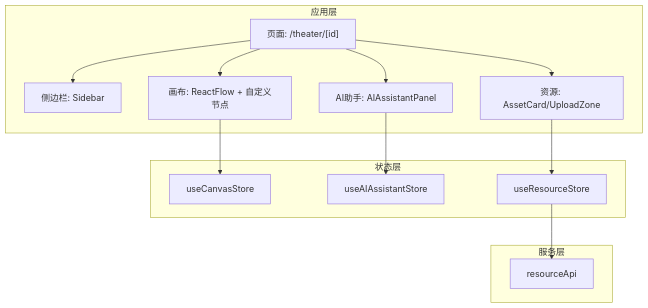
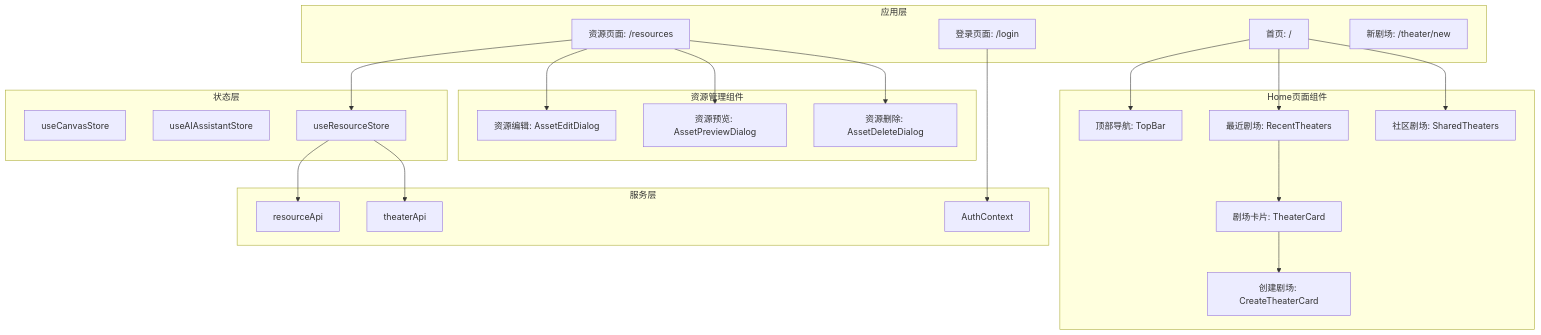
One commit to KunLabAI/KunFlix changed the first of 6 diagrams in .qoder/repowiki/zh/content/前端组件系统/前端组件系统.md. Above: the diagram before and after it, drawn with Mermaid. The commit also changed other lines of this file and 5 other files, not shown here.

````diff
--- a/.qoder/repowiki/zh/content/前端组件系统/前端组件系统.md
+++ b/.qoder/repowiki/zh/content/前端组件系统/前端组件系统.md
@@ -45,26 +68,43 @@
 ```mermaid
 graph TB
 subgraph "应用层"
-Page["页面: /theater/[id]"]
-Sidebar["侧边栏: Sidebar"]
-Canvas["画布: ReactFlow + 自定义节点"]
-AI["AI助手: AIAssistantPanel"]
-Resources["资源: AssetCard/UploadZone"]
+LoginPage["登录页面: /login"]
+ResourcesPage["资源页面: /resources"]
+Home["首页: /"]
+NewTheater["新剧场: /theater/new"]
+end
+subgraph "Home页面组件"
+TopBar["顶部导航: TopBar"]
+RecentTheaters["最近剧场: RecentTheaters"]
+CreateTheaterCard["创建剧场: CreateTheaterCard"]
+TheaterCard["剧场卡片: TheaterCard"]
+SharedTheaters["社区剧场: SharedTheaters"]
+end
+subgraph "资源管理组件"
+AssetEditDialog["资源编辑: AssetEditDialog"]
+AssetPreviewDialog["资源预览: AssetPreviewDialog"]
+AssetDeleteDialog["资源删除: AssetDeleteDialog"]
 end
 subgraph "状态层"
 StoreCanvas["useCanvasStore"]
 StoreAI["useAIAssistantStore"]
 StoreRes["useResourceStore"]
 end
 subgraph "服务层"
 APIRes["resourceApi"]
+APITheater["theaterApi"]
+Auth["AuthContext"]
 end
-Page --> Sidebar
-Page --> Canvas
-Page --> AI
-Page --> Resources
-Canvas --> StoreCanvas
-AI --> StoreAI
-Resources --> StoreRes
+LoginPage --> Auth
+ResourcesPage --> StoreRes
+Home --> TopBar
+Home --> RecentTheaters
+Home --> SharedTheaters
+RecentTheaters --> TheaterCard
+TheaterCard --> CreateTheaterCard
+ResourcesPage --> AssetEditDialog
+ResourcesPage --> AssetPreviewDialog
+ResourcesPage --> AssetDeleteDialog
 StoreRes --> APIRes
+StoreRes --> APITheater
 ```
````
